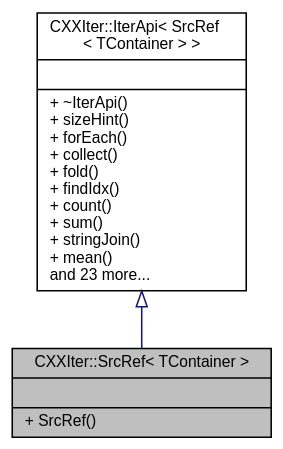
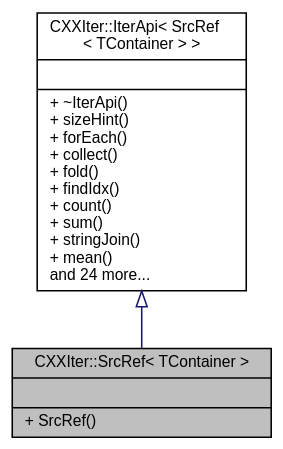
The diagram in classCXXIter_1_1SrcRef__inherit__graph.dot (seijikun/CXXIter), drawn with Graphviz before and after one commit. The commit also changed 49 other files, not shown here.

```diff
--- a/classCXXIter_1_1SrcRef__inherit__graph.dot
+++ b/classCXXIter_1_1SrcRef__inherit__graph.dot
@@ -1,11 +1,11 @@
 digraph "CXXIter::SrcRef&lt; TContainer &gt;"
 {
  // INTERACTIVE_SVG=YES
  // LATEX_PDF_SIZE
   bgcolor="transparent";
   edge [fontname="Helvetica",fontsize="10",labelfontname="Helvetica",labelfontsize="10"];
   node [fontname="Helvetica",fontsize="10",shape=record];
   Node1 [label="{CXXIter::SrcRef\< TContainer \>\n||+ SrcRef()\l}",height=0.2,width=0.4,color="black", fillcolor="grey75", style="filled", fontcolor="black",tooltip="CXXIter iterator source that mutably borrows the input item source, and passes mutable references to ..."];
   Node2 -> Node1 [dir="back",color="midnightblue",fontsize="10",style="solid",arrowtail="onormal",fontname="Helvetica"];
-  Node2 [label="{CXXIter::IterApi\< SrcRef\l\< TContainer \> \>\n||+ ~IterApi()\l+ sizeHint()\l+ forEach()\l+ collect()\l+ fold()\l+ findIdx()\l+ count()\l+ sum()\l+ stringJoin()\l+ mean()\land 23 more...\l}",height=0.2,width=0.4,color="black",URL="$classCXXIter_1_1IterApi.html",tooltip=" "];
+  Node2 [label="{CXXIter::IterApi\< SrcRef\l\< TContainer \> \>\n||+ ~IterApi()\l+ sizeHint()\l+ forEach()\l+ collect()\l+ fold()\l+ findIdx()\l+ count()\l+ sum()\l+ stringJoin()\l+ mean()\land 24 more...\l}",height=0.2,width=0.4,color="black",URL="$classCXXIter_1_1IterApi.html",tooltip=" "];
 }
```
